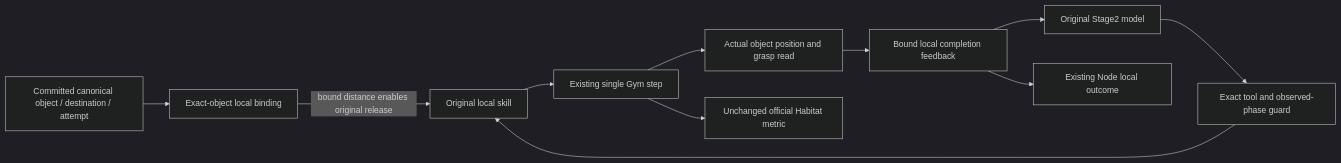
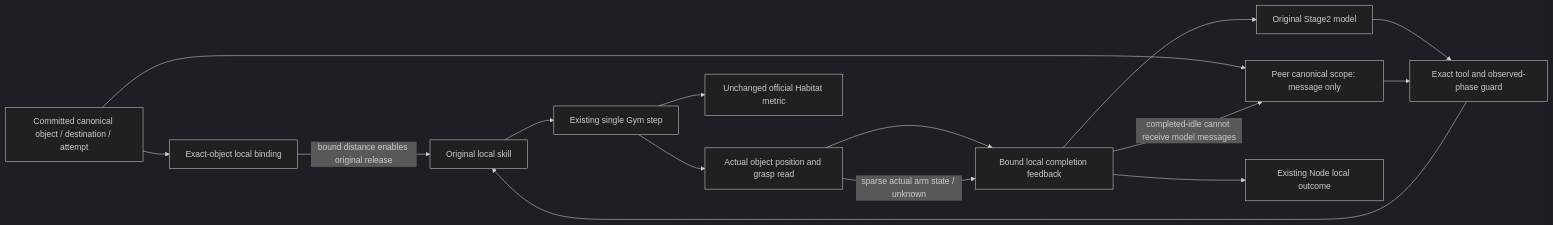
Before and after one commit to Farewell-CK/RoboGuide: the diagram in docs/decisions/0073-bound-relocation-place-completion.md, drawn with Mermaid (dark theme). The commit also changed other lines of this file and 9 other files, not shown here.

First line of the commit message:
fix(habitat): scope peer messaging and report manipulation state

````diff
--- a/docs/decisions/0073-bound-relocation-place-completion.md
+++ b/docs/decisions/0073-bound-relocation-place-completion.md
@@ -101,13 +125,17 @@
 ```mermaid
 flowchart LR
   C[Committed canonical object / destination / attempt] --> B[Exact-object local binding]
   M[Original Stage2 model] --> G[Exact tool and observed-phase guard]
   G --> S[Original local skill]
   B -->|bound distance enables original release| S
   S --> H[Existing single Gym step]
   H --> R[Actual object position and grasp read]
   R --> F[Bound local completion feedback]
+  R -->|sparse actual arm state / unknown| F
   F --> M
+  C --> P[Peer canonical scope: message only]
+  F -->|completed-idle cannot receive model messages| P
+  P --> G
   F --> N[Existing Node local outcome]
   H --> O[Unchanged official Habitat metric]
 ```
````
